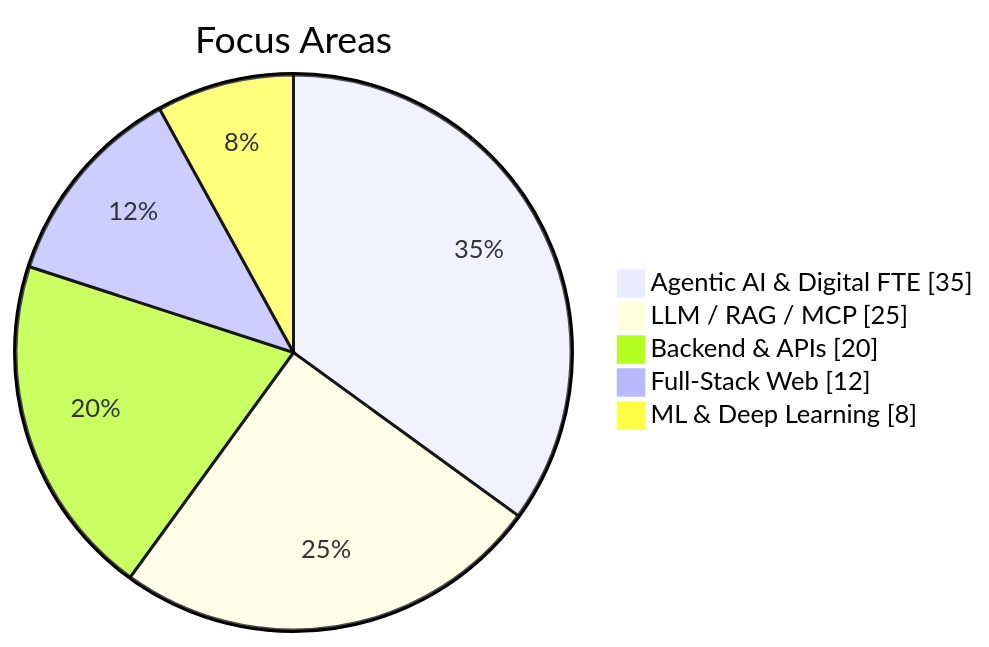
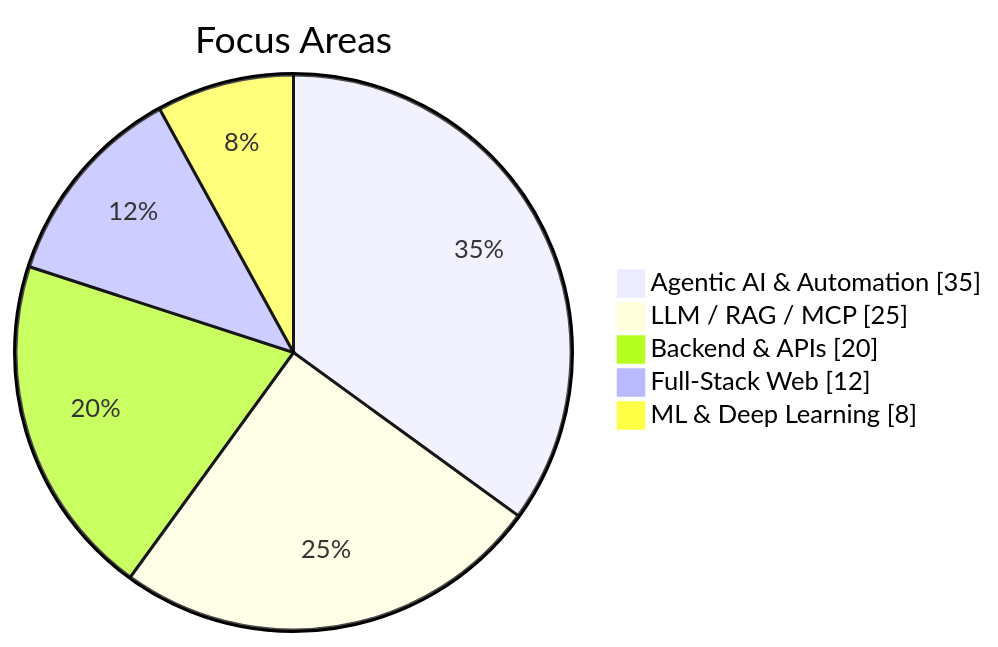
Before and after one commit to AqsaMalik6/AqsaMalik6: the third of 3 diagrams in README.md, drawn with Mermaid. The commit also changed other lines of this file, not shown here.

````diff
--- a/README.md
+++ b/README.md
@@ -240,9 +262,9 @@
 ```mermaid
 pie showData
     title Focus Areas
-    "Agentic AI & Digital FTE" : 35
+    "Agentic AI & Automation" : 35
     "LLM / RAG / MCP" : 25
     "Backend & APIs" : 20
     "Full-Stack Web" : 12
     "ML & Deep Learning" : 8
 ```
````
